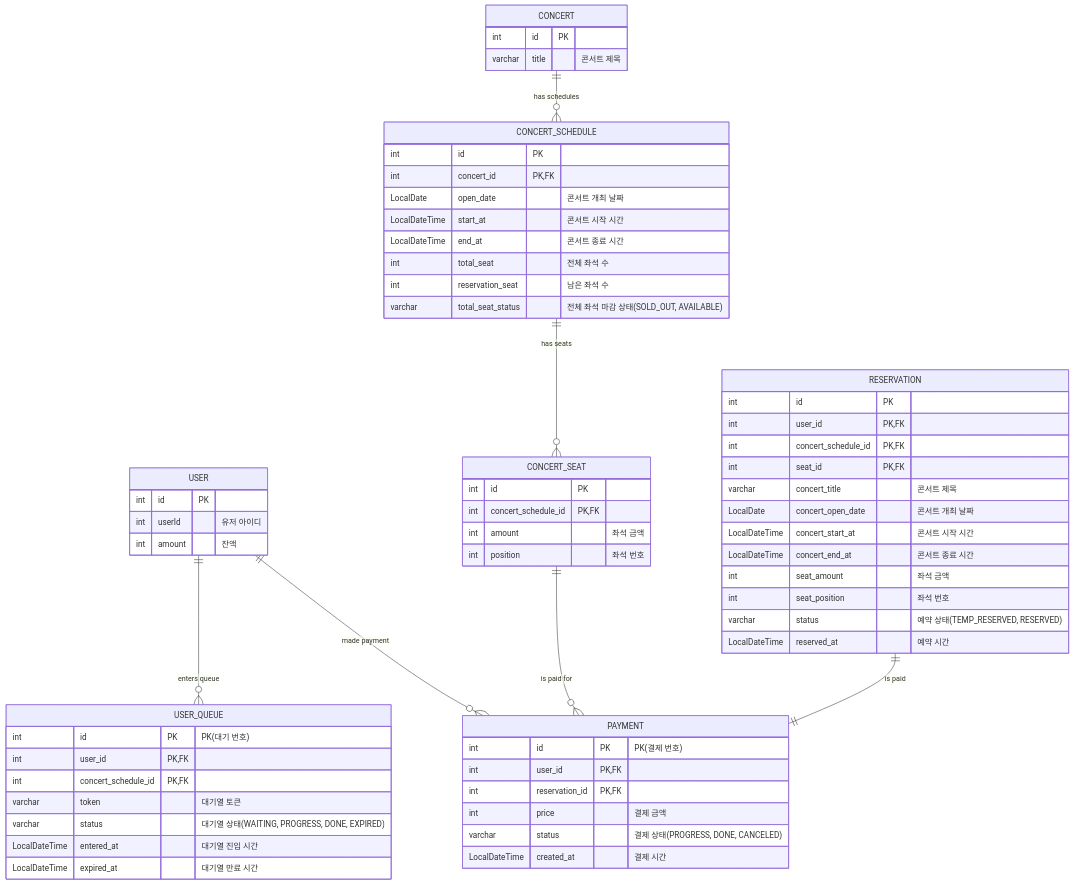
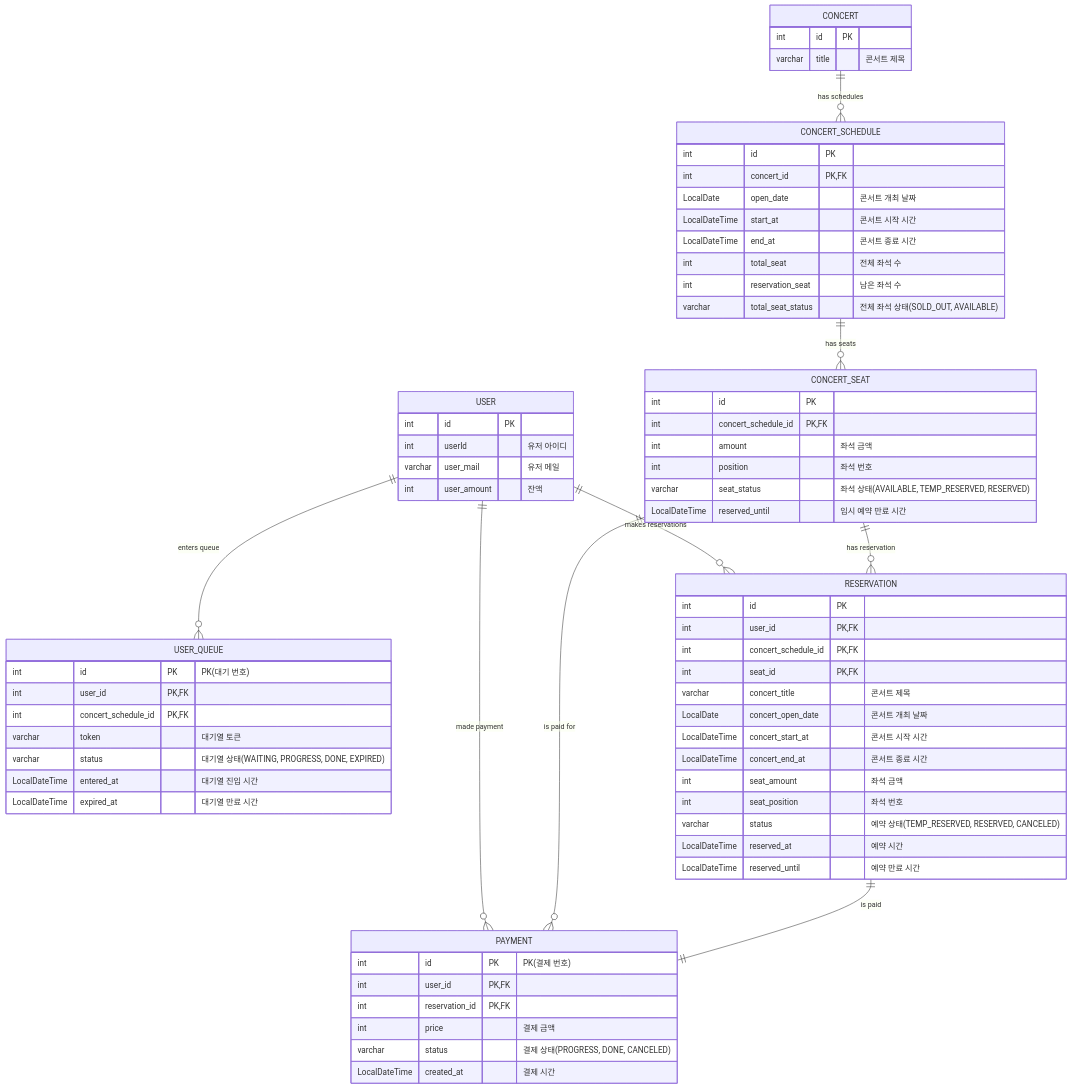
The diagram in docs/erd.md (Cheondongmin/concert-java), drawn with Mermaid before and after one commit.

Commit message:
fix: ERD 수정

````diff
--- a/docs/erd.md
+++ b/docs/erd.md
@@ -4,72 +4,78 @@
 ```mermaid
 erDiagram
     USER {
         int id PK
         int userId "유저 아이디"
-        int amount "잔액"
+        varchar user_mail "유저 메일"
+        int user_amount "잔액"
     }
 
     USER_QUEUE {
         int id PK "PK(대기 번호)"
         int user_id PK, FK
         int concert_schedule_id PK, FK
         varchar token "대기열 토큰"
         varchar status "대기열 상태(WAITING, PROGRESS, DONE, EXPIRED)"
         LocalDateTime entered_at "대기열 진입 시간"
         LocalDateTime expired_at "대기열 만료 시간"
     }
 
     PAYMENT {
         int id PK "PK(결제 번호)"
         int user_id PK, FK
         int reservation_id PK, FK
         int price "결제 금액"
         varchar status "결제 상태(PROGRESS, DONE, CANCELED)"
         LocalDateTime created_at "결제 시간"
     }
 
     CONCERT {
         int id PK
         varchar title "콘서트 제목"
     }
 
     CONCERT_SCHEDULE {
         int id PK
         int concert_id PK, FK
         LocalDate open_date "콘서트 개최 날짜"
         LocalDateTime start_at "콘서트 시작 시간"
         LocalDateTime end_at "콘서트 종료 시간"
         int total_seat "전체 좌석 수"
         int reservation_seat "남은 좌석 수"
-        varchar total_seat_status "전체 좌석 마감 상태(SOLD_OUT, AVAILABLE)"
+        varchar total_seat_status "전체 좌석 상태(SOLD_OUT, AVAILABLE)"
     }
 
     CONCERT_SEAT {
         int id PK
         int concert_schedule_id PK, FK
         int amount "좌석 금액"
         int position "좌석 번호"
+        varchar seat_status "좌석 상태(AVAILABLE, TEMP_RESERVED, RESERVED)"
+        LocalDateTime reserved_until "임시 예약 만료 시간"
     }
 
     RESERVATION {
         int id PK
         int user_id PK, FK
         int concert_schedule_id PK, FK
         int seat_id PK, FK
         varchar concert_title "콘서트 제목"
         LocalDate concert_open_date "콘서트 개최 날짜"
         LocalDateTime concert_start_at "콘서트 시작 시간"
         LocalDateTime concert_end_at "콘서트 종료 시간"
         int seat_amount "좌석 금액"
         int seat_position "좌석 번호"
-        varchar status "예약 상태(TEMP_RESERVED, RESERVED)"
+        varchar status "예약 상태(TEMP_RESERVED, RESERVED, CANCELED)"
         LocalDateTime reserved_at "예약 시간"
+        LocalDateTime reserved_until "예약 만료 시간"
     }
 
     CONCERT ||--o{ CONCERT_SCHEDULE: "has schedules"
     CONCERT_SCHEDULE ||--o{ CONCERT_SEAT: "has seats"
     USER ||--o{ USER_QUEUE: "enters queue"
     USER ||--o{ PAYMENT: "made payment"
     CONCERT_SEAT ||--o{ PAYMENT: "is paid for"
     RESERVATION ||--|| PAYMENT: "is paid"
+    USER ||--o{ RESERVATION: "makes reservations"
+    CONCERT_SEAT ||--o{ RESERVATION: "has reservation"
 ```
````
